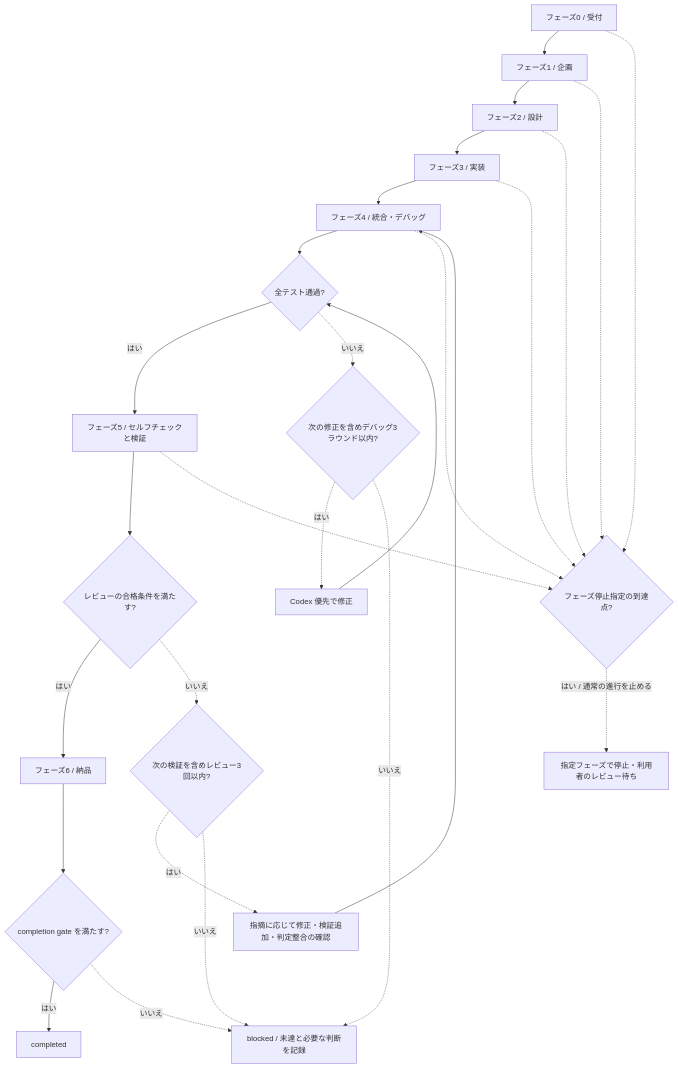
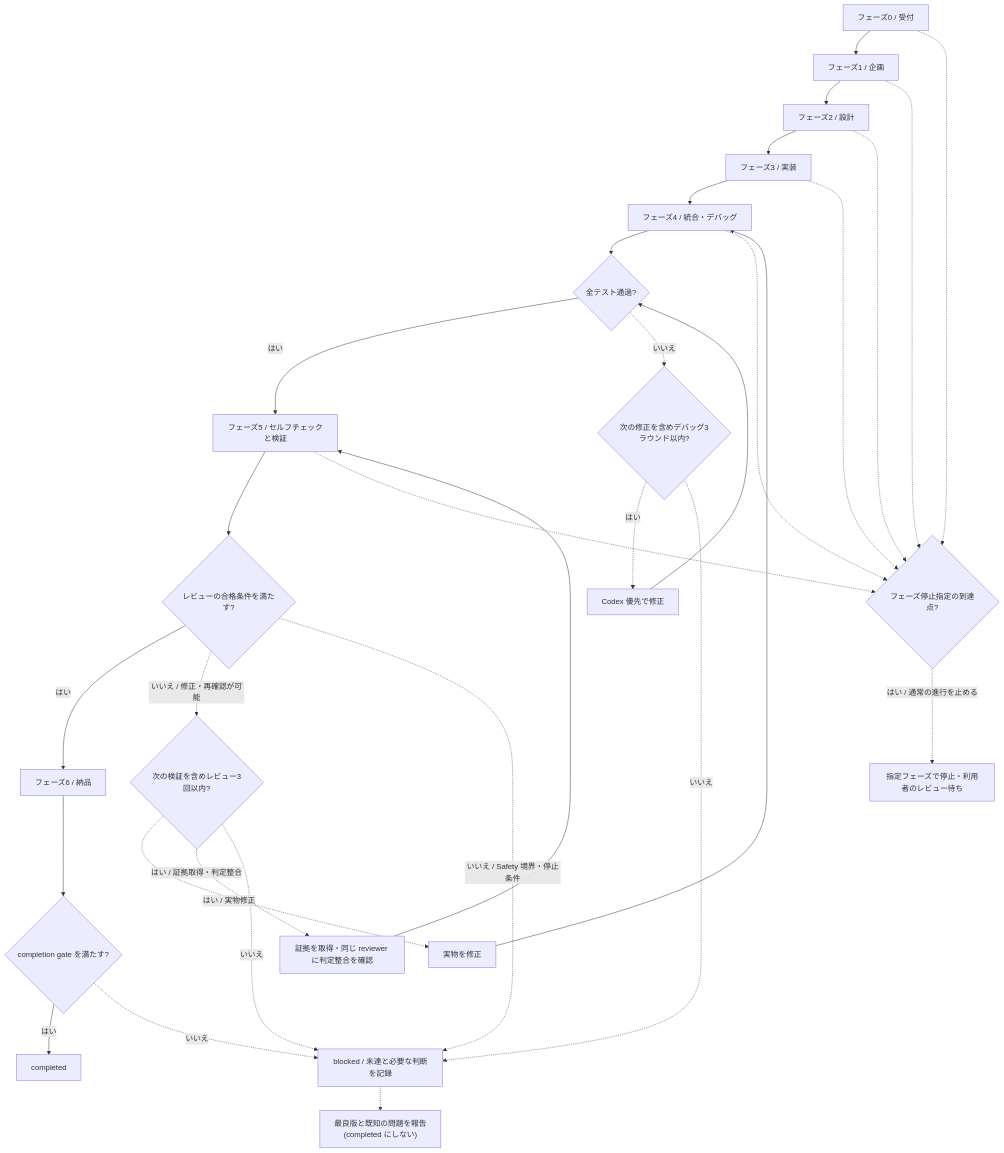
Before and after one commit to satellite1105/dev-factory-showcase: the first of 2 diagrams in docs/development-flow.md, drawn with Mermaid. The commit also changed other lines of this file and 9 other files, not shown here.

First line of the commit message:
Clarify diagrams, simplify pre-publication checklist

````diff
--- a/docs/development-flow.md
+++ b/docs/development-flow.md
@@ -11,29 +11,33 @@
 ```mermaid
 flowchart TD
     F0["フェーズ0 / 受付"] --> F1["フェーズ1 / 企画"]
     F1 --> F2["フェーズ2 / 設計"]
     F2 --> F3["フェーズ3 / 実装"]
     F3 --> F4["フェーズ4 / 統合・デバッグ"]
     F4 --> TEST{"全テスト通過?"}
     TEST -->|"はい"| F5["フェーズ5 / セルフチェックと検証"]
     TEST -.->|"いいえ"| DEBUGLIMIT{"次の修正を含めデバッグ3ラウンド以内?"}
     DEBUGLIMIT -.->|"はい"| DEBUG["Codex 優先で修正"]
     DEBUG --> TEST
     DEBUGLIMIT -.->|"いいえ"| BLOCKED["blocked / 未達と必要な判断を記録"]
     F5 --> PASS{"レビューの合格条件を満たす?"}
     PASS -->|"はい"| F6["フェーズ6 / 納品"]
-    PASS -.->|"いいえ"| REVIEWLIMIT{"次の検証を含めレビュー3回以内?"}
-    REVIEWLIMIT -.->|"はい"| FIX["指摘に応じて修正・検証追加・判定整合の確認"]
+    PASS -.->|"いいえ / 修正・再確認が可能"| REVIEWLIMIT{"次の検証を含めレビュー3回以内?"}
+    REVIEWLIMIT -.->|"はい / 実物修正"| FIX["実物を修正"]
     FIX --> F4
+    REVIEWLIMIT -.->|"はい / 証拠取得・判定整合"| EVIDENCE["証拠を取得・同じ reviewer に判定整合を確認"]
+    EVIDENCE --> F5
+    PASS -.->|"いいえ / Safety 境界・停止条件"| BLOCKED
     REVIEWLIMIT -.->|"いいえ"| BLOCKED
+    BLOCKED -.-> REPORT["最良版と既知の問題を報告<br/>(completed にしない)"]
     F6 --> GATE{"completion gate を満たす?"}
     GATE -->|"はい"| COMPLETED["completed"]
     GATE -.->|"いいえ"| BLOCKED
     F0 -.-> STOPCHECK{"フェーズ停止指定の到達点?"}
     F1 -.-> STOPCHECK
     F2 -.-> STOPCHECK
     F3 -.-> STOPCHECK
     F4 -.-> STOPCHECK
     F5 -.-> STOPCHECK
     STOPCHECK -.->|"はい / 通常の進行を止める"| STOP["指定フェーズで停止・利用者のレビュー待ち"]
 ```
````
